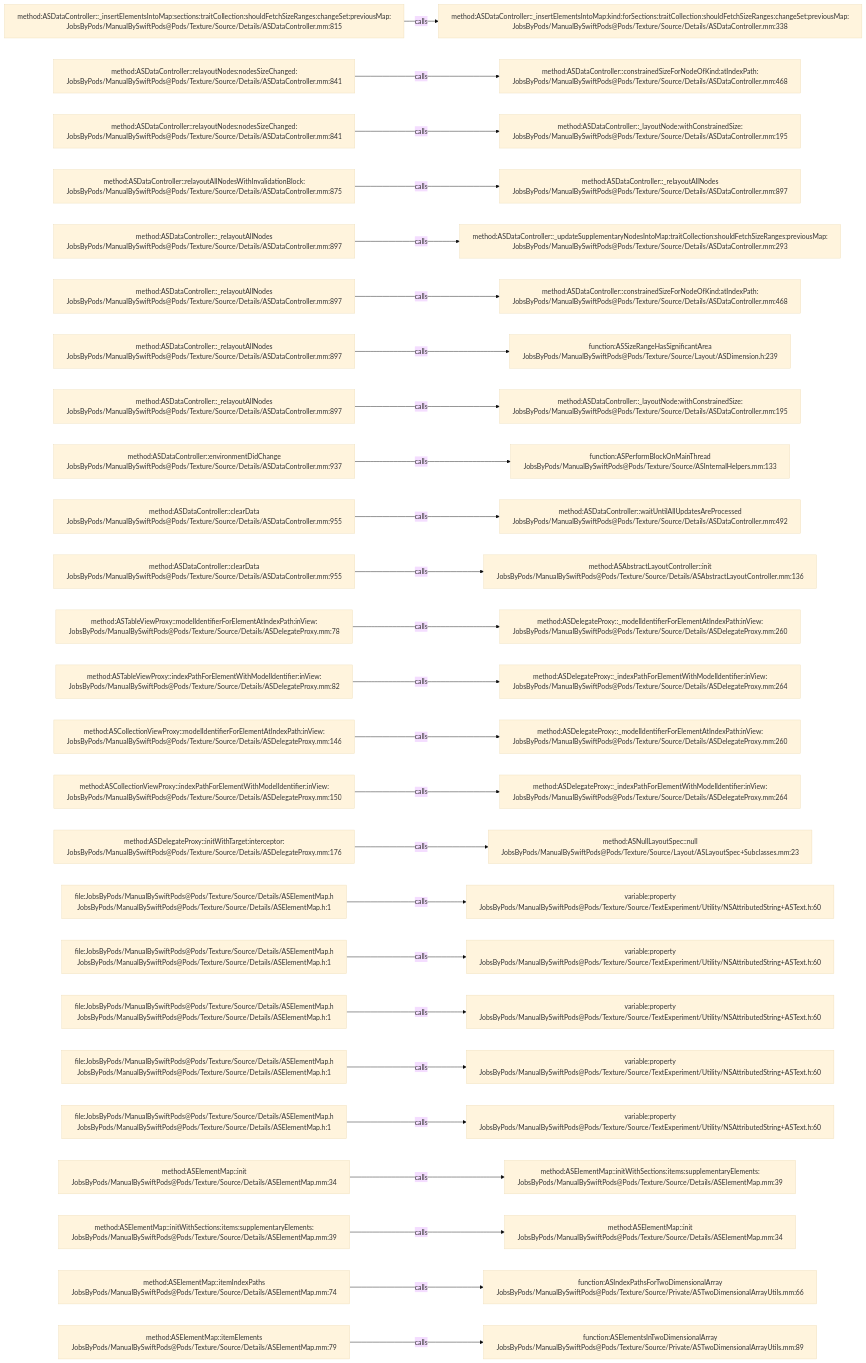
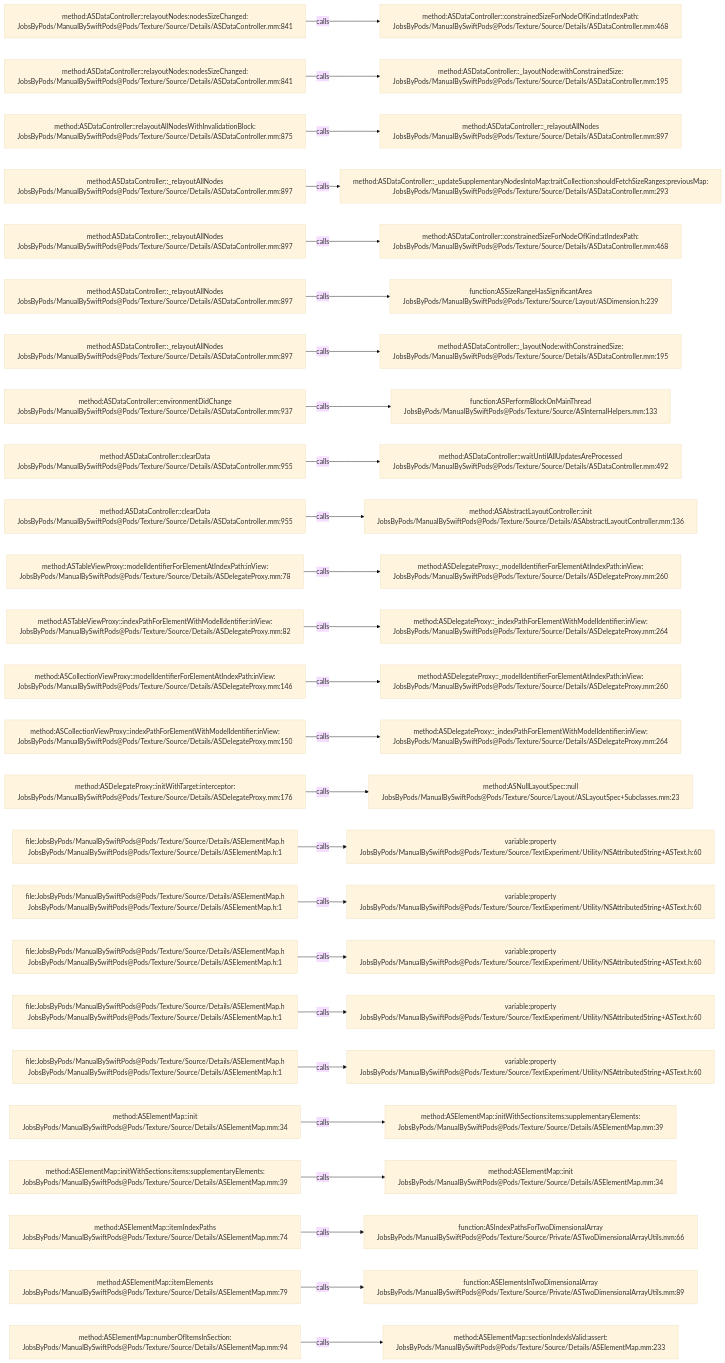
The diagram in .codegraph/codegraph.md/graphs/calls-087.md (JobsKits/JobsSwiftBaseConfigDemo), drawn with Mermaid (base theme) before and after one commit. The commit also changed 747 other files, not shown here.

````diff
--- a/.codegraph/codegraph.md/graphs/calls-087.md
+++ b/.codegraph/codegraph.md/graphs/calls-087.md
@@ -13,78 +13,78 @@
 ```mermaid
 flowchart LR
-  S1["method:ASDataController::_insertElementsIntoMap:sections:traitCollection:shouldFetchSizeRanges:changeSet:previousMap:<br/>JobsByPods/ManualBySwiftPods@Pods/Texture/Source/Details/ASDataController.mm:815"]
-  T1["method:ASDataController::_insertElementsIntoMap:kind:forSections:traitCollection:shouldFetchSizeRanges:changeSet:previousMap:<br/>JobsByPods/ManualBySwiftPods@Pods/Texture/Source/Details/ASDataController.mm:338"]
+  S1["method:ASDataController::relayoutNodes:nodesSizeChanged:<br/>JobsByPods/ManualBySwiftPods@Pods/Texture/Source/Details/ASDataController.mm:841"]
+  T1["method:ASDataController::constrainedSizeForNodeOfKind:atIndexPath:<br/>JobsByPods/ManualBySwiftPods@Pods/Texture/Source/Details/ASDataController.mm:468"]
   S1 -->|calls| T1
   S2["method:ASDataController::relayoutNodes:nodesSizeChanged:<br/>JobsByPods/ManualBySwiftPods@Pods/Texture/Source/Details/ASDataController.mm:841"]
-  T2["method:ASDataController::constrainedSizeForNodeOfKind:atIndexPath:<br/>JobsByPods/ManualBySwiftPods@Pods/Texture/Source/Details/ASDataController.mm:468"]
+  T2["method:ASDataController::_layoutNode:withConstrainedSize:<br/>JobsByPods/ManualBySwiftPods@Pods/Texture/Source/Details/ASDataController.mm:195"]
   S2 -->|calls| T2
-  S3["method:ASDataController::relayoutNodes:nodesSizeChanged:<br/>JobsByPods/ManualBySwiftPods@Pods/Texture/Source/Details/ASDataController.mm:841"]
-  T3["method:ASDataController::_layoutNode:withConstrainedSize:<br/>JobsByPods/ManualBySwiftPods@Pods/Texture/Source/Details/ASDataController.mm:195"]
+  S3["method:ASDataController::relayoutAllNodesWithInvalidationBlock:<br/>JobsByPods/ManualBySwiftPods@Pods/Texture/Source/Details/ASDataController.mm:875"]
+  T3["method:ASDataController::_relayoutAllNodes<br/>JobsByPods/ManualBySwiftPods@Pods/Texture/Source/Details/ASDataController.mm:897"]
   S3 -->|calls| T3
-  S4["method:ASDataController::relayoutAllNodesWithInvalidationBlock:<br/>JobsByPods/ManualBySwiftPods@Pods/Texture/Source/Details/ASDataController.mm:875"]
-  T4["method:ASDataController::_relayoutAllNodes<br/>JobsByPods/ManualBySwiftPods@Pods/Texture/Source/Details/ASDataController.mm:897"]
+  S4["method:ASDataController::_relayoutAllNodes<br/>JobsByPods/ManualBySwiftPods@Pods/Texture/Source/Details/ASDataController.mm:897"]
+  T4["method:ASDataController::_updateSupplementaryNodesIntoMap:traitCollection:shouldFetchSizeRanges:previousMap:<br/>JobsByPods/ManualBySwiftPods@Pods/Texture/Source/Details/ASDataController.mm:293"]
   S4 -->|calls| T4
   S5["method:ASDataController::_relayoutAllNodes<br/>JobsByPods/ManualBySwiftPods@Pods/Texture/Source/Details/ASDataController.mm:897"]
-  T5["method:ASDataController::_updateSupplementaryNodesIntoMap:traitCollection:shouldFetchSizeRanges:previousMap:<br/>JobsByPods/ManualBySwiftPods@Pods/Texture/Source/Details/ASDataController.mm:293"]
+  T5["method:ASDataController::constrainedSizeForNodeOfKind:atIndexPath:<br/>JobsByPods/ManualBySwiftPods@Pods/Texture/Source/Details/ASDataController.mm:468"]
   S5 -->|calls| T5
   S6["method:ASDataController::_relayoutAllNodes<br/>JobsByPods/ManualBySwiftPods@Pods/Texture/Source/Details/ASDataController.mm:897"]
-  T6["method:ASDataController::constrainedSizeForNodeOfKind:atIndexPath:<br/>JobsByPods/ManualBySwiftPods@Pods/Texture/Source/Details/ASDataController.mm:468"]
+  T6["function:ASSizeRangeHasSignificantArea<br/>JobsByPods/ManualBySwiftPods@Pods/Texture/Source/Layout/ASDimension.h:239"]
   S6 -->|calls| T6
   S7["method:ASDataController::_relayoutAllNodes<br/>JobsByPods/ManualBySwiftPods@Pods/Texture/Source/Details/ASDataController.mm:897"]
-  T7["function:ASSizeRangeHasSignificantArea<br/>JobsByPods/ManualBySwiftPods@Pods/Texture/Source/Layout/ASDimension.h:239"]
+  T7["method:ASDataController::_layoutNode:withConstrainedSize:<br/>JobsByPods/ManualBySwiftPods@Pods/Texture/Source/Details/ASDataController.mm:195"]
   S7 -->|calls| T7
-  S8["method:ASDataController::_relayoutAllNodes<br/>JobsByPods/ManualBySwiftPods@Pods/Texture/Source/Details/ASDataController.mm:897"]
-  T8["method:ASDataController::_layoutNode:withConstrainedSize:<br/>JobsByPods/ManualBySwiftPods@Pods/Texture/Source/Details/ASDataController.mm:195"]
+  S8["method:ASDataController::environmentDidChange<br/>JobsByPods/ManualBySwiftPods@Pods/Texture/Source/Details/ASDataController.mm:937"]
+  T8["function:ASPerformBlockOnMainThread<br/>JobsByPods/ManualBySwiftPods@Pods/Texture/Source/ASInternalHelpers.mm:133"]
   S8 -->|calls| T8
-  S9["method:ASDataController::environmentDidChange<br/>JobsByPods/ManualBySwiftPods@Pods/Texture/Source/Details/ASDataController.mm:937"]
-  T9["function:ASPerformBlockOnMainThread<br/>JobsByPods/ManualBySwiftPods@Pods/Texture/Source/ASInternalHelpers.mm:133"]
+  S9["method:ASDataController::clearData<br/>JobsByPods/ManualBySwiftPods@Pods/Texture/Source/Details/ASDataController.mm:955"]
+  T9["method:ASDataController::waitUntilAllUpdatesAreProcessed<br/>JobsByPods/ManualBySwiftPods@Pods/Texture/Source/Details/ASDataController.mm:492"]
   S9 -->|calls| T9
   S10["method:ASDataController::clearData<br/>JobsByPods/ManualBySwiftPods@Pods/Texture/Source/Details/ASDataController.mm:955"]
-  T10["method:ASDataController::waitUntilAllUpdatesAreProcessed<br/>JobsByPods/ManualBySwiftPods@Pods/Texture/Source/Details/ASDataController.mm:492"]
+  T10["method:ASAbstractLayoutController::init<br/>JobsByPods/ManualBySwiftPods@Pods/Texture/Source/Details/ASAbstractLayoutController.mm:136"]
   S10 -->|calls| T10
-  S11["method:ASDataController::clearData<br/>JobsByPods/ManualBySwiftPods@Pods/Texture/Source/Details/ASDataController.mm:955"]
-  T11["method:ASAbstractLayoutController::init<br/>JobsByPods/ManualBySwiftPods@Pods/Texture/Source/Details/ASAbstractLayoutController.mm:136"]
+  S11["method:ASTableViewProxy::modelIdentifierForElementAtIndexPath:inView:<br/>JobsByPods/ManualBySwiftPods@Pods/Texture/Source/Details/ASDelegateProxy.mm:78"]
+  T11["method:ASDelegateProxy::_modelIdentifierForElementAtIndexPath:inView:<br/>JobsByPods/ManualBySwiftPods@Pods/Texture/Source/Details/ASDelegateProxy.mm:260"]
   S11 -->|calls| T11
-  S12["method:ASTableViewProxy::modelIdentifierForElementAtIndexPath:inView:<br/>JobsByPods/ManualBySwiftPods@Pods/Texture/Source/Details/ASDelegateProxy.mm:78"]
-  T12["method:ASDelegateProxy::_modelIdentifierForElementAtIndexPath:inView:<br/>JobsByPods/ManualBySwiftPods@Pods/Texture/Source/Details/ASDelegateProxy.mm:260"]
+  S12["method:ASTableViewProxy::indexPathForElementWithModelIdentifier:inView:<br/>JobsByPods/ManualBySwiftPods@Pods/Texture/Source/Details/ASDelegateProxy.mm:82"]
+  T12["method:ASDelegateProxy::_indexPathForElementWithModelIdentifier:inView:<br/>JobsByPods/ManualBySwiftPods@Pods/Texture/Source/Details/ASDelegateProxy.mm:264"]
   S12 -->|calls| T12
-  S13["method:ASTableViewProxy::indexPathForElementWithModelIdentifier:inView:<br/>JobsByPods/ManualBySwiftPods@Pods/Texture/Source/Details/ASDelegateProxy.mm:82"]
-  T13["method:ASDelegateProxy::_indexPathForElementWithModelIdentifier:inView:<br/>JobsByPods/ManualBySwiftPods@Pods/Texture/Source/Details/ASDelegateProxy.mm:264"]
+  S13["method:ASCollectionViewProxy::modelIdentifierForElementAtIndexPath:inView:<br/>JobsByPods/ManualBySwiftPods@Pods/Texture/Source/Details/ASDelegateProxy.mm:146"]
+  T13["method:ASDelegateProxy::_modelIdentifierForElementAtIndexPath:inView:<br/>JobsByPods/ManualBySwiftPods@Pods/Texture/Source/Details/ASDelegateProxy.mm:260"]
   S13 -->|calls| T13
-  S14["method:ASCollectionViewProxy::modelIdentifierForElementAtIndexPath:inView:<br/>JobsByPods/ManualBySwiftPods@Pods/Texture/Source/Details/ASDelegateProxy.mm:146"]
-  T14["method:ASDelegateProxy::_modelIdentifierForElementAtIndexPath:inView:<br/>JobsByPods/ManualBySwiftPods@Pods/Texture/Source/Details/ASDelegateProxy.mm:260"]
+  S14["method:ASCollectionViewProxy::indexPathForElementWithModelIdentifier:inView:<br/>JobsByPods/ManualBySwiftPods@Pods/Texture/Source/Details/ASDelegateProxy.mm:150"]
+  T14["method:ASDelegateProxy::_indexPathForElementWithModelIdentifier:inView:<br/>JobsByPods/ManualBySwiftPods@Pods/Texture/Source/Details/ASDelegateProxy.mm:264"]
   S14 -->|calls| T14
-  S15["method:ASCollectionViewProxy::indexPathForElementWithModelIdentifier:inView:<br/>JobsByPods/ManualBySwiftPods@Pods/Texture/Source/Details/ASDelegateProxy.mm:150"]
-  T15["method:ASDelegateProxy::_indexPathForElementWithModelIdentifier:inView:<br/>JobsByPods/ManualBySwiftPods@Pods/Texture/Source/Details/ASDelegateProxy.mm:264"]
+  S15["method:ASDelegateProxy::initWithTarget:interceptor:<br/>JobsByPods/ManualBySwiftPods@Pods/Texture/Source/Details/ASDelegateProxy.mm:176"]
+  T15["method:ASNullLayoutSpec::null<br/>JobsByPods/ManualBySwiftPods@Pods/Texture/Source/Layout/ASLayoutSpec+Subclasses.mm:23"]
   S15 -->|calls| T15
-  S16["method:ASDelegateProxy::initWithTarget:interceptor:<br/>JobsByPods/ManualBySwiftPods@Pods/Texture/Source/Details/ASDelegateProxy.mm:176"]
-  T16["method:ASNullLayoutSpec::null<br/>JobsByPods/ManualBySwiftPods@Pods/Texture/Source/Layout/ASLayoutSpec+Subclasses.mm:23"]
+  S16["file:JobsByPods/ManualBySwiftPods@Pods/Texture/Source/Details/ASElementMap.h<br/>JobsByPods/ManualBySwiftPods@Pods/Texture/Source/Details/ASElementMap.h:1"]
+  T16["variable:property<br/>JobsByPods/ManualBySwiftPods@Pods/Texture/Source/TextExperiment/Utility/NSAttributedString+ASText.h:60"]
   S16 -->|calls| T16
   S17["file:JobsByPods/ManualBySwiftPods@Pods/Texture/Source/Details/ASElementMap.h<br/>JobsByPods/ManualBySwiftPods@Pods/Texture/Source/Details/ASElementMap.h:1"]
   T17["variable:property<br/>JobsByPods/ManualBySwiftPods@Pods/Texture/Source/TextExperiment/Utility/NSAttributedString+ASText.h:60"]
   S17 -->|calls| T17
   S18["file:JobsByPods/ManualBySwiftPods@Pods/Texture/Source/Details/ASElementMap.h<br/>JobsByPods/ManualBySwiftPods@Pods/Texture/Source/Details/ASElementMap.h:1"]
   T18["variable:property<br/>JobsByPods/ManualBySwiftPods@Pods/Texture/Source/TextExperiment/Utility/NSAttributedString+ASText.h:60"]
   S18 -->|calls| T18
   S19["file:JobsByPods/ManualBySwiftPods@Pods/Texture/Source/Details/ASElementMap.h<br/>JobsByPods/ManualBySwiftPods@Pods/Texture/Source/Details/ASElementMap.h:1"]
   T19["variable:property<br/>JobsByPods/ManualBySwiftPods@Pods/Texture/Source/TextExperiment/Utility/NSAttributedString+ASText.h:60"]
   S19 -->|calls| T19
   S20["file:JobsByPods/ManualBySwiftPods@Pods/Texture/Source/Details/ASElementMap.h<br/>JobsByPods/ManualBySwiftPods@Pods/Texture/Source/Details/ASElementMap.h:1"]
   T20["variable:property<br/>JobsByPods/ManualBySwiftPods@Pods/Texture/Source/TextExperiment/Utility/NSAttributedString+ASText.h:60"]
   S20 -->|calls| T20
-  S21["file:JobsByPods/ManualBySwiftPods@Pods/Texture/Source/Details/ASElementMap.h<br/>JobsByPods/ManualBySwiftPods@Pods/Texture/Source/Details/ASElementMap.h:1"]
-  T21["variable:property<br/>JobsByPods/ManualBySwiftPods@Pods/Texture/Source/TextExperiment/Utility/NSAttributedString+ASText.h:60"]
+  S21["method:ASElementMap::init<br/>JobsByPods/ManualBySwiftPods@Pods/Texture/Source/Details/ASElementMap.mm:34"]
+  T21["method:ASElementMap::initWithSections:items:supplementaryElements:<br/>JobsByPods/ManualBySwiftPods@Pods/Texture/Source/Details/ASElementMap.mm:39"]
   S21 -->|calls| T21
-  S22["method:ASElementMap::init<br/>JobsByPods/ManualBySwiftPods@Pods/Texture/Source/Details/ASElementMap.mm:34"]
-  T22["method:ASElementMap::initWithSections:items:supplementaryElements:<br/>JobsByPods/ManualBySwiftPods@Pods/Texture/Source/Details/ASElementMap.mm:39"]
+  S22["method:ASElementMap::initWithSections:items:supplementaryElements:<br/>JobsByPods/ManualBySwiftPods@Pods/Texture/Source/Details/ASElementMap.mm:39"]
+  T22["method:ASElementMap::init<br/>JobsByPods/ManualBySwiftPods@Pods/Texture/Source/Details/ASElementMap.mm:34"]
   S22 -->|calls| T22
-  S23["method:ASElementMap::initWithSections:items:supplementaryElements:<br/>JobsByPods/ManualBySwiftPods@Pods/Texture/Source/Details/ASElementMap.mm:39"]
-  T23["method:ASElementMap::init<br/>JobsByPods/ManualBySwiftPods@Pods/Texture/Source/Details/ASElementMap.mm:34"]
+  S23["method:ASElementMap::itemIndexPaths<br/>JobsByPods/ManualBySwiftPods@Pods/Texture/Source/Details/ASElementMap.mm:74"]
+  T23["function:ASIndexPathsForTwoDimensionalArray<br/>JobsByPods/ManualBySwiftPods@Pods/Texture/Source/Private/ASTwoDimensionalArrayUtils.mm:66"]
   S23 -->|calls| T23
-  S24["method:ASElementMap::itemIndexPaths<br/>JobsByPods/ManualBySwiftPods@Pods/Texture/Source/Details/ASElementMap.mm:74"]
-  T24["function:ASIndexPathsForTwoDimensionalArray<br/>JobsByPods/ManualBySwiftPods@Pods/Texture/Source/Private/ASTwoDimensionalArrayUtils.mm:66"]
+  S24["method:ASElementMap::itemElements<br/>JobsByPods/ManualBySwiftPods@Pods/Texture/Source/Details/ASElementMap.mm:79"]
+  T24["function:ASElementsInTwoDimensionalArray<br/>JobsByPods/ManualBySwiftPods@Pods/Texture/Source/Private/ASTwoDimensionalArrayUtils.mm:89"]
   S24 -->|calls| T24
-  S25["method:ASElementMap::itemElements<br/>JobsByPods/ManualBySwiftPods@Pods/Texture/Source/Details/ASElementMap.mm:79"]
-  T25["function:ASElementsInTwoDimensionalArray<br/>JobsByPods/ManualBySwiftPods@Pods/Texture/Source/Private/ASTwoDimensionalArrayUtils.mm:89"]
+  S25["method:ASElementMap::numberOfItemsInSection:<br/>JobsByPods/ManualBySwiftPods@Pods/Texture/Source/Details/ASElementMap.mm:94"]
+  T25["method:ASElementMap::sectionIndexIsValid:assert:<br/>JobsByPods/ManualBySwiftPods@Pods/Texture/Source/Details/ASElementMap.mm:233"]
   S25 -->|calls| T25
 ```
````
